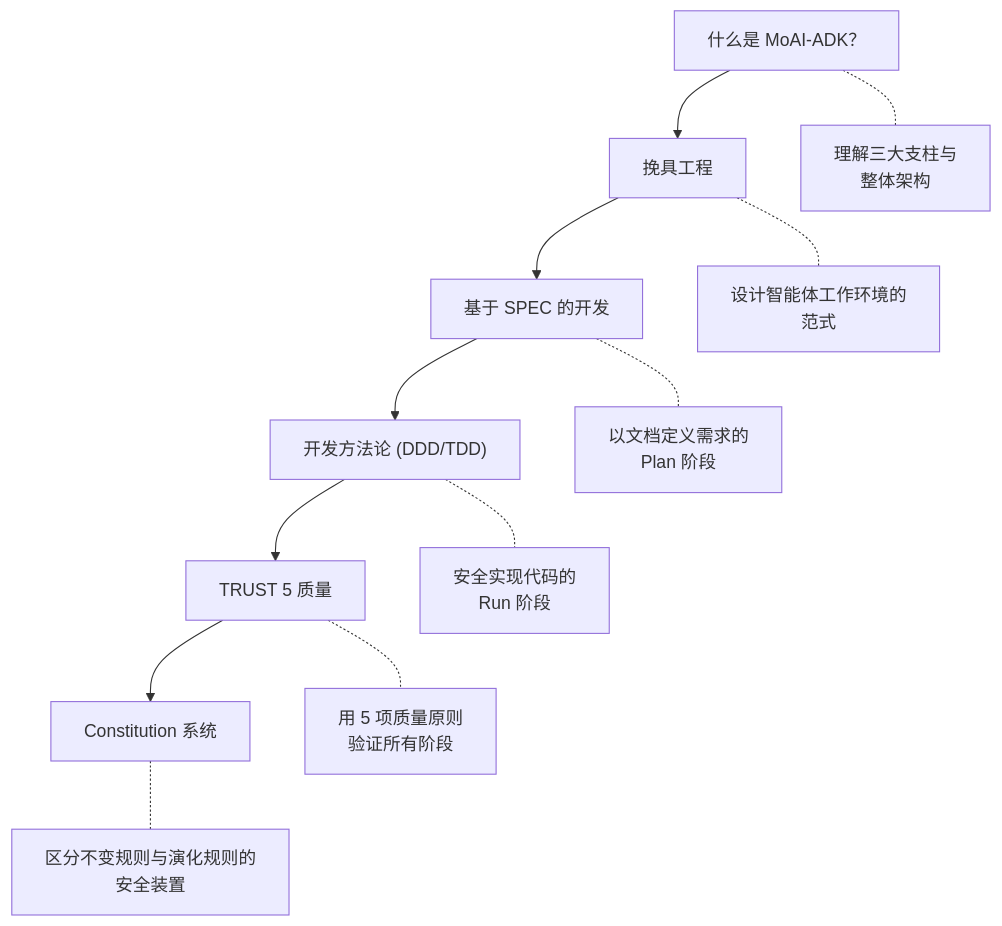
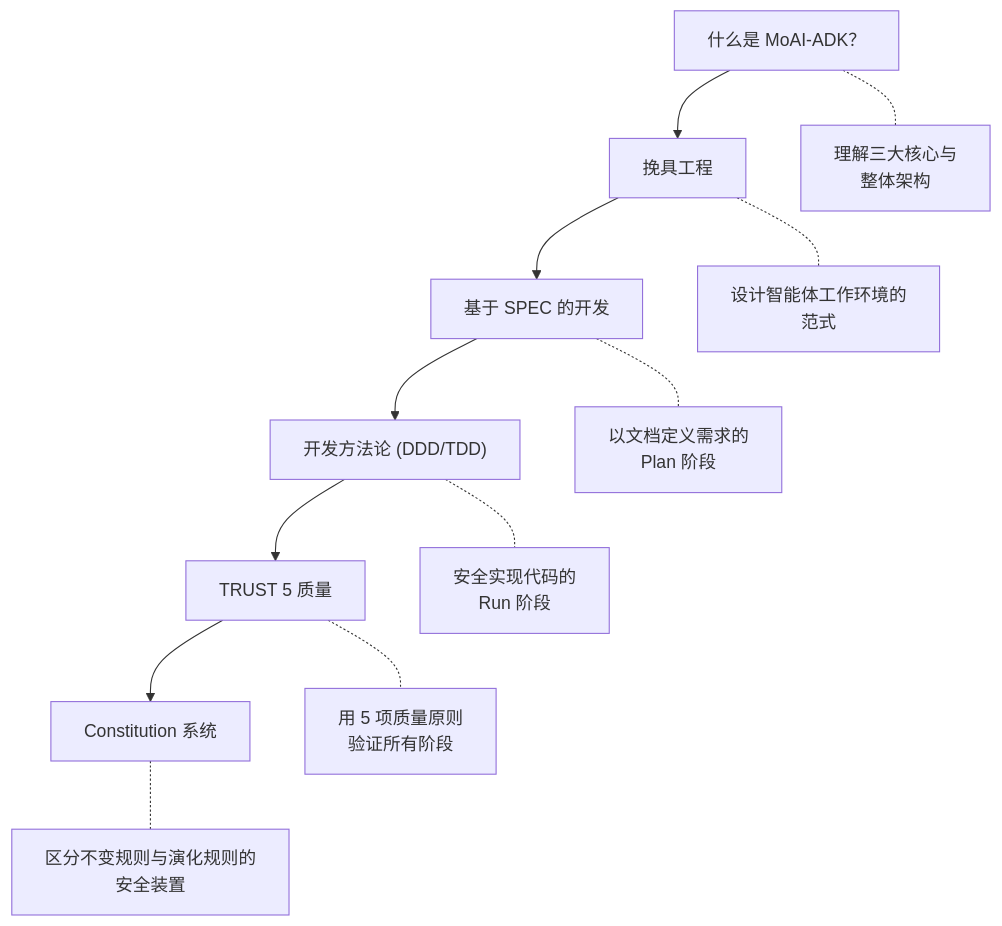
The diagram in docs-site/content/zh/core-concepts/_index.md (modu-ai/moai-adk), drawn with Mermaid before and after one commit. The commit also changed other lines of this file and 124 other files, not shown here.

````diff
--- a/docs-site/content/zh/core-concepts/_index.md
+++ b/docs-site/content/zh/core-concepts/_index.md
@@ -28,15 +28,15 @@
 ```mermaid
 flowchart TD
     A["什么是 MoAI-ADK？"] --> B["挽具工程"]
     B --> C["基于 SPEC 的开发"]
     C --> D["开发方法论 (DDD/TDD)"]
     D --> E["TRUST 5 质量"]
     E --> F["Constitution 系统"]
 
-    A -.- A1["理解三大支柱与\n整体架构"]
+    A -.- A1["理解三大核心与\n整体架构"]
     B -.- B1["设计智能体工作环境的\n范式"]
     C -.- C1["以文档定义需求的\nPlan 阶段"]
     D -.- D1["安全实现代码的\nRun 阶段"]
     E -.- E1["用 5 项质量原则\n验证所有阶段"]
     F -.- F1["区分不变规则与演化规则的\n安全装置"]
 ```
````
